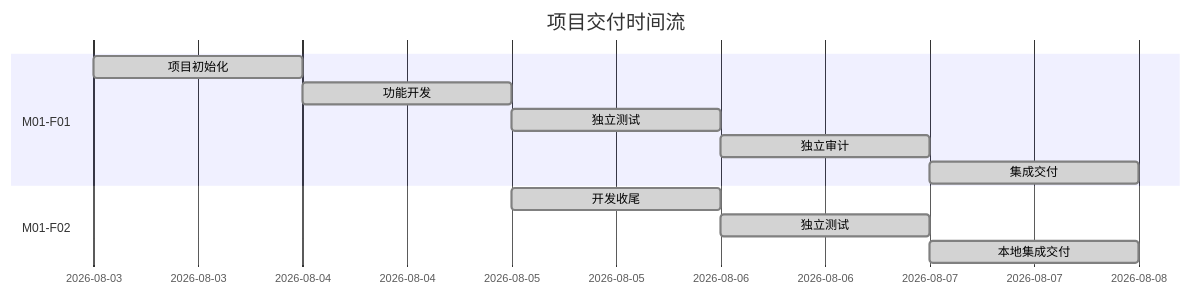
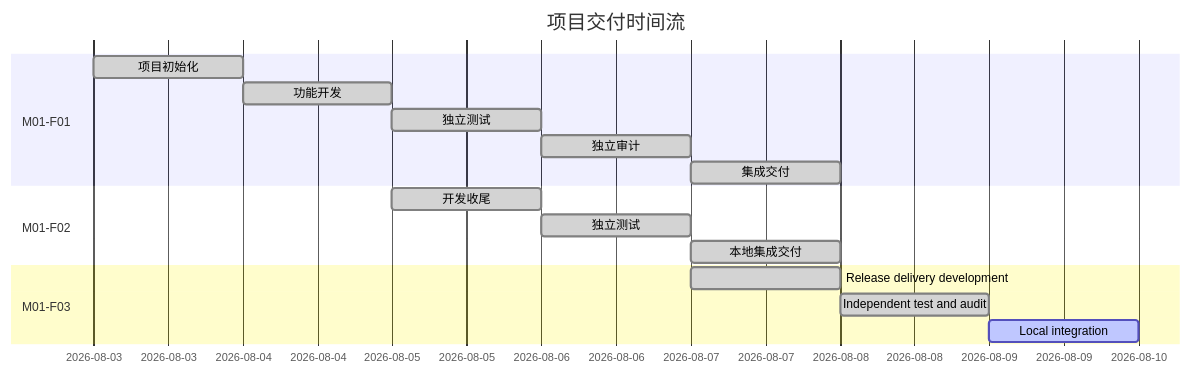
The diagram in docs/ai-workflow/项目时间流.md (23Lm-star/Calculator-Plugin), drawn with Mermaid before and after one commit. The commit also changed other lines of this file and 23 other files, not shown here.

Commit message:
feat(release): add delivery packaging scripts

````diff
--- a/docs/ai-workflow/项目时间流.md
+++ b/docs/ai-workflow/项目时间流.md
@@ -3,15 +3,19 @@
 ```mermaid
 gantt
     title 项目交付时间流
     dateFormat  YYYY-MM-DD
     section M01-F01
     项目初始化 :done, init, 2026-08-03, 1d
     功能开发 :done, dev, after init, 1d
     独立测试 :done, test, after dev, 1d
     独立审计 :done, audit, after test, 1d
     集成交付 :done, delivery, after audit, 1d
     section M01-F02
     开发收尾 :done, v11dev, 2026-08-05, 1d
     独立测试 :done, v11test, after v11dev, 1d
     本地集成交付 :done, v11integration, after v11test, 1d
+    section M01-F03
+    Release delivery development:done, releaseDev, 2026-08-07, 1d
+    Independent test and audit :done, releaseTest, after releaseDev, 1d
+    Local integration :active, releaseIntegration, after releaseTest, 1d
 ```
````
